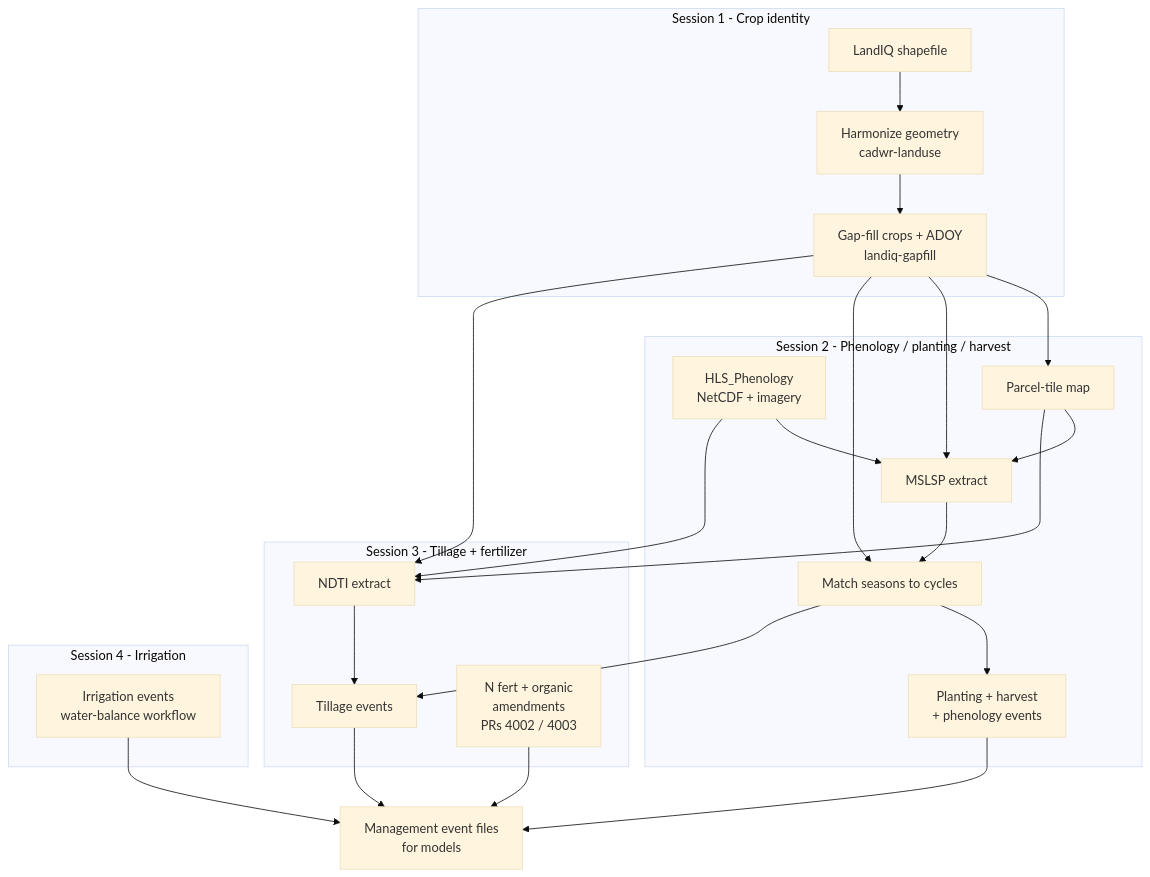
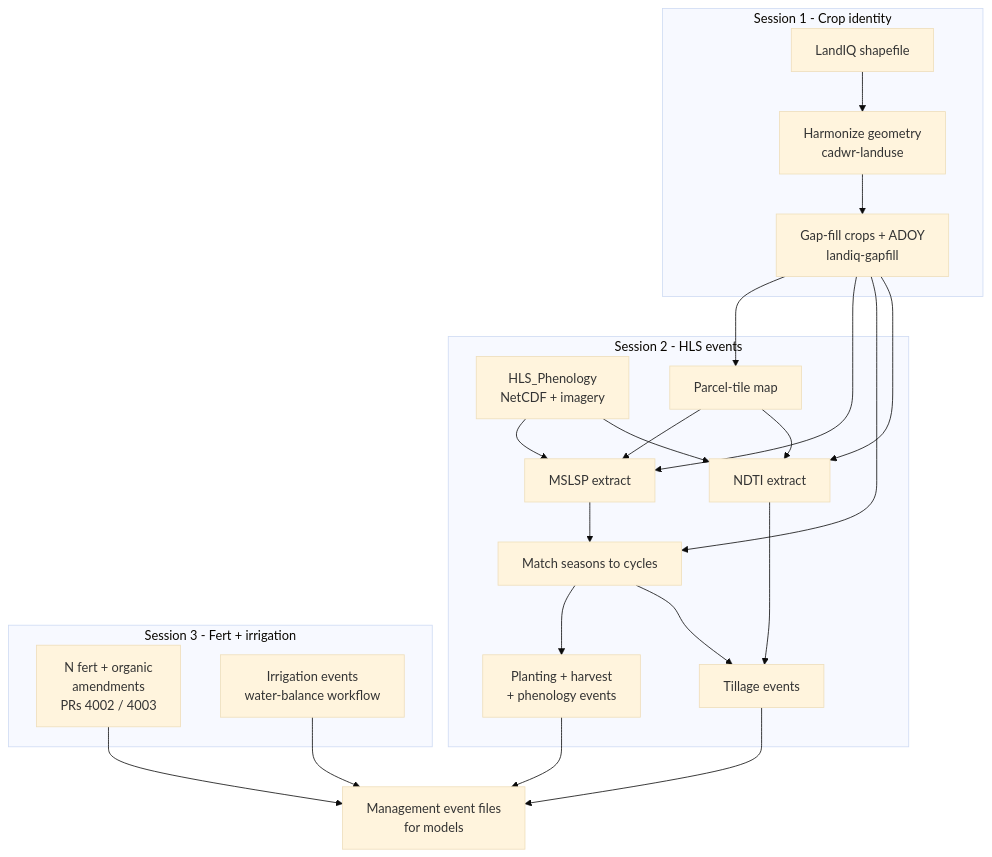
The diagram in modules/data.remote/inst/ccmmf/documentation/pipeline.md (PecanProject/pecan), drawn with Mermaid (base theme) before and after one commit. The commit also changed other lines of this file and 7 other files, not shown here.

First line of the commit message:
Restructure CCMMF training sessions into HLS vs fert/irrigation.

````diff
--- a/modules/data.remote/inst/ccmmf/documentation/pipeline.md
+++ b/modules/data.remote/inst/ccmmf/documentation/pipeline.md
@@ -98,35 +121,32 @@
 ```mermaid
 flowchart TB
   subgraph S1["Session 1 - Crop identity"]
     DWR["LandIQ shapefile"] --> CADWR["Harmonize geometry\ncadwr-landuse"]
     CADWR --> GF["Gap-fill crops + ADOY\nlandiq-gapfill"]
   end
 
-  subgraph S2["Session 2 - Phenology / planting / harvest"]
+  subgraph S2["Session 2 - HLS events"]
     HLS["HLS_Phenology\nNetCDF + imagery"] --> MSLSP["MSLSP extract"]
     GF --> MAP["Parcel-tile map"]
     MAP --> MSLSP
     GF --> MSLSP
     MSLSP --> MATCH["Match seasons to cycles"]
     GF --> MATCH
     MATCH --> EV1["Planting + harvest\n+ phenology events"]
-  end
-
-  subgraph S3["Session 3 - Tillage + fertilizer"]
     HLS --> NDTI["NDTI extract"]
     MAP --> NDTI
     GF --> NDTI
     NDTI --> EV2["Tillage events"]
     MATCH --> EV2
-    FERT["N fert + organic\namendments\nPRs 4002 / 4003"]
   end
 
-  subgraph S4["Session 4 - Irrigation"]
+  subgraph S3["Session 3 - Fert + irrigation"]
+    FERT["N fert + organic\namendments\nPRs 4002 / 4003"]
     IRR["Irrigation events\nwater-balance workflow"]
   end
 
   EV1 --> OUT["Management event files\nfor models"]
   EV2 --> OUT
   FERT --> OUT
   IRR --> OUT
 ```
````
